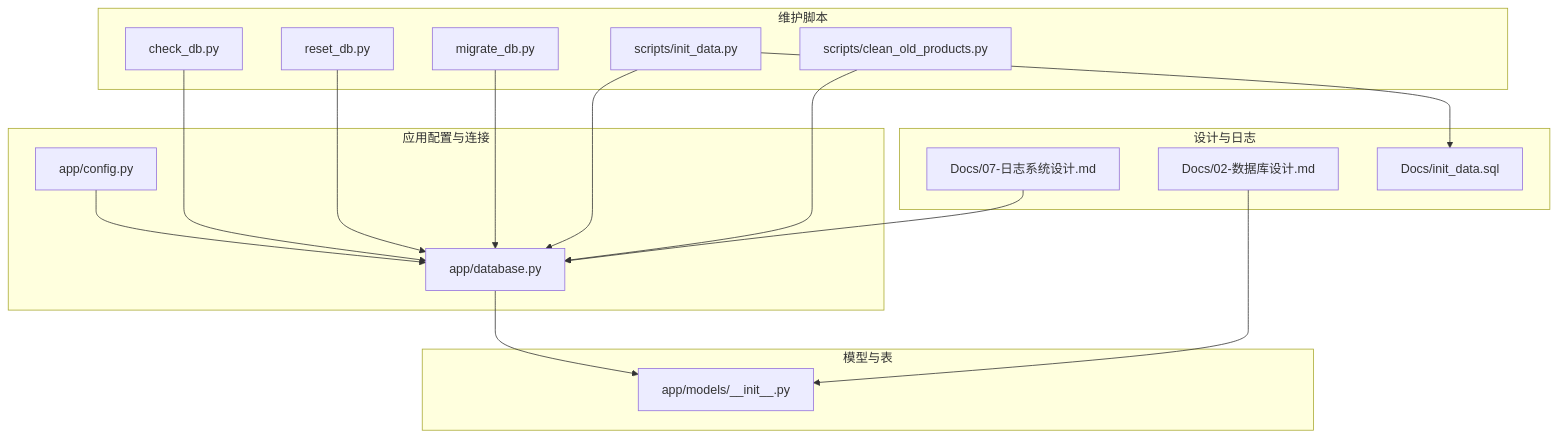
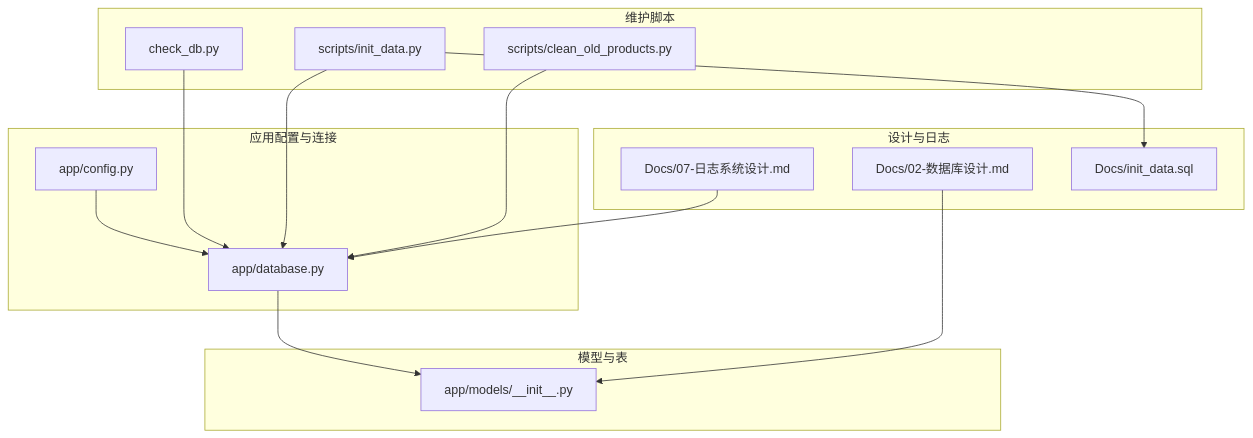
Before and after one commit to gujialind/InvestRing: the first of 9 diagrams in .qoder/repowiki/zh/content/故障排除与维护/数据库维护.md, drawn with Mermaid. The commit also changed other lines of this file and 6 other files, not shown here.

````diff
--- a/.qoder/repowiki/zh/content/故障排除与维护/数据库维护.md
+++ b/.qoder/repowiki/zh/content/故障排除与维护/数据库维护.md
@@ -45,32 +50,28 @@
 ```mermaid
 graph TB
 subgraph "应用配置与连接"
 CFG["app/config.py"]
 DB["app/database.py"]
 end
 subgraph "模型与表"
 MODELS["app/models/__init__.py"]
 end
 subgraph "维护脚本"
 CHK["check_db.py"]
-RST["reset_db.py"]
-MIG["migrate_db.py"]
 INIT["scripts/init_data.py"]
 CLEAN["scripts/clean_old_products.py"]
 end
 subgraph "设计与日志"
 DOC2["Docs/02-数据库设计.md"]
 DOCLOG["Docs/07-日志系统设计.md"]
 SQLINIT["Docs/init_data.sql"]
 end
 CFG --> DB
 DB --> MODELS
 CHK --> DB
-RST --> DB
-MIG --> DB
 INIT --> DB
 INIT --> SQLINIT
 CLEAN --> DB
 DOC2 --> MODELS
 DOCLOG --> DB
 ```
````
